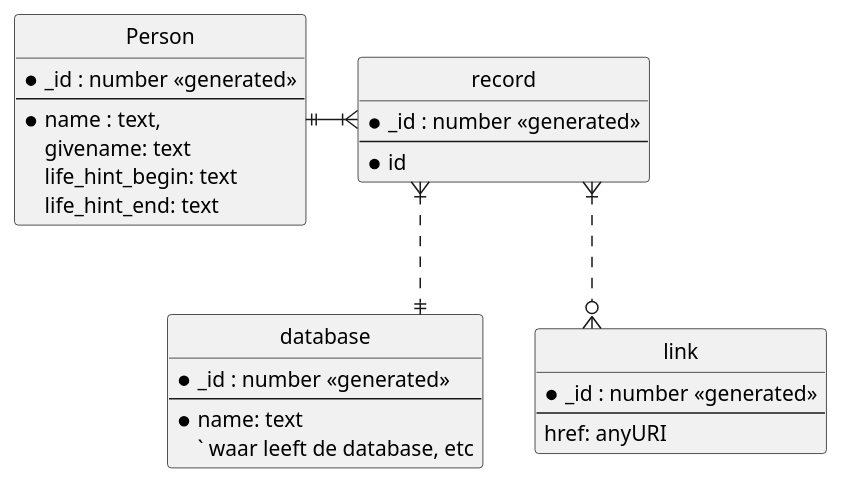
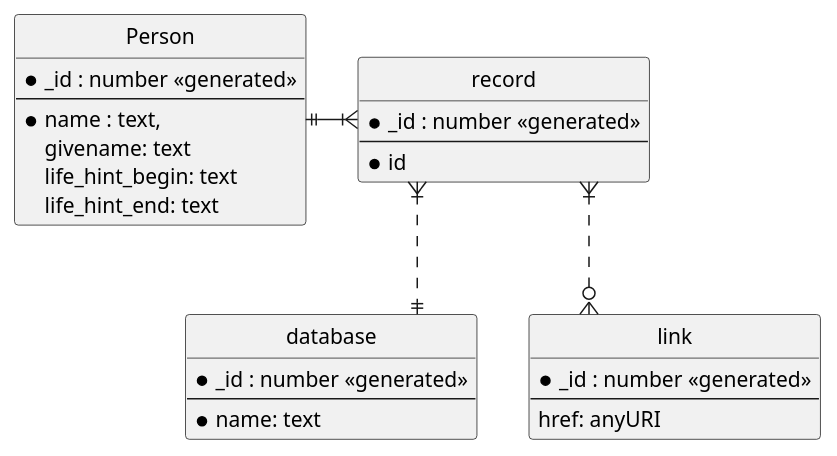
Before and after one commit to knaw-huc/persoonsnamen-index: the diagram in documentation/model.plantuml, drawn with PlantUML.

```diff
--- a/documentation/model.plantuml
+++ b/documentation/model.plantuml
@@ -1,41 +1,41 @@
 @startuml
 
 ' hide the spot
 hide circle
 
 ' avoid problems with angled crows feet
 skinparam linetype ortho
 
 entity "Person" as p {
   *_id : number <<generated>>
   --
   *name : text,
   givename: text
   life_hint_begin: text
   life_hint_end: text
 }
 
 entity "record" as r {
   *_id : number <<generated>>
   --
   * id
 }
 
 entity "database" as db{
   *_id : number <<generated>>
   --
   * name: text
-  ` waar leeft de database, etc
+  ' waar leeft de database, etc
  }
 
 entity "link" as l {
   *_id : number <<generated>>
   --
   href: anyURI
 }
 
 p ||-|{ r
 r }|..|| db
 r }|..o{ l
 
 @enduml
```
